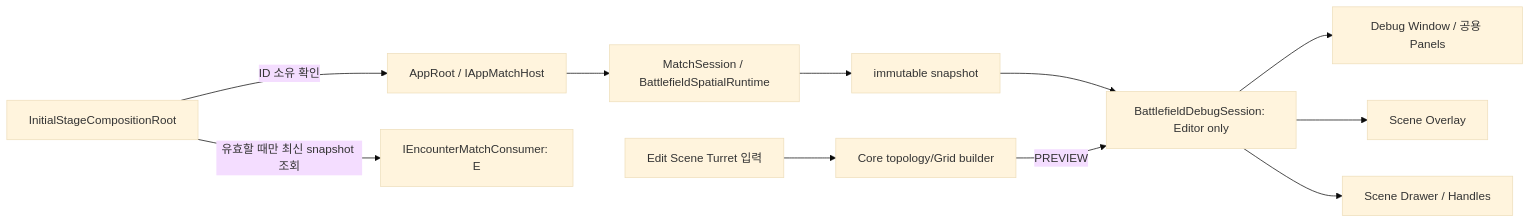
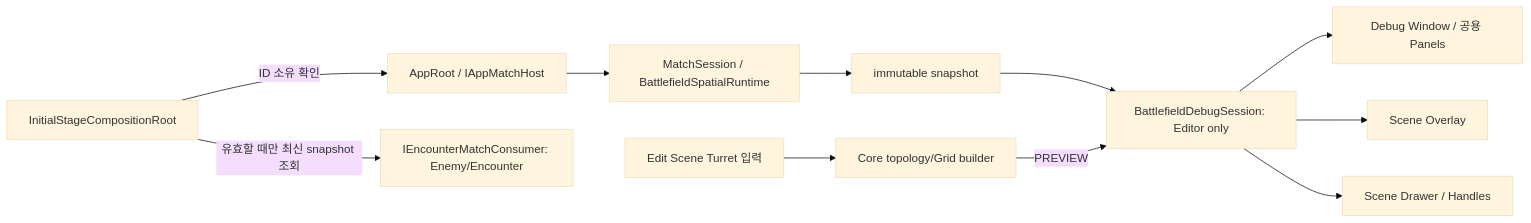
Before and after one commit to Team-HJD-21/unity-6-the-developer: the diagram in Docs/planning/2026-10-08-phase2-batch-results.md, drawn with Mermaid (base theme). The commit also changed 17 other files, not shown here.

````diff
--- a/Docs/planning/2026-10-08-phase2-batch-results.md
+++ b/Docs/planning/2026-10-08-phase2-batch-results.md
@@ -27,13 +27,13 @@
 ```mermaid
 flowchart LR
     S[InitialStageCompositionRoot] -->|ID 소유 확인| A[AppRoot / IAppMatchHost]
     A --> M[MatchSession / BattlefieldSpatialRuntime]
     M --> B[immutable snapshot]
-    S -->|유효할 때만 최신 snapshot 조회| E[IEncounterMatchConsumer: E]
+    S -->|유효할 때만 최신 snapshot 조회| E[IEncounterMatchConsumer: Enemy/Encounter]
     B --> D[BattlefieldDebugSession: Editor only]
     P[Edit Scene Turret 입력] --> C[Core topology/Grid builder]
     C -->|PREVIEW| D
     D --> W[Debug Window / 공용 Panels]
     D --> O[Scene Overlay]
     D --> V[Scene Drawer / Handles]
 ```
````
